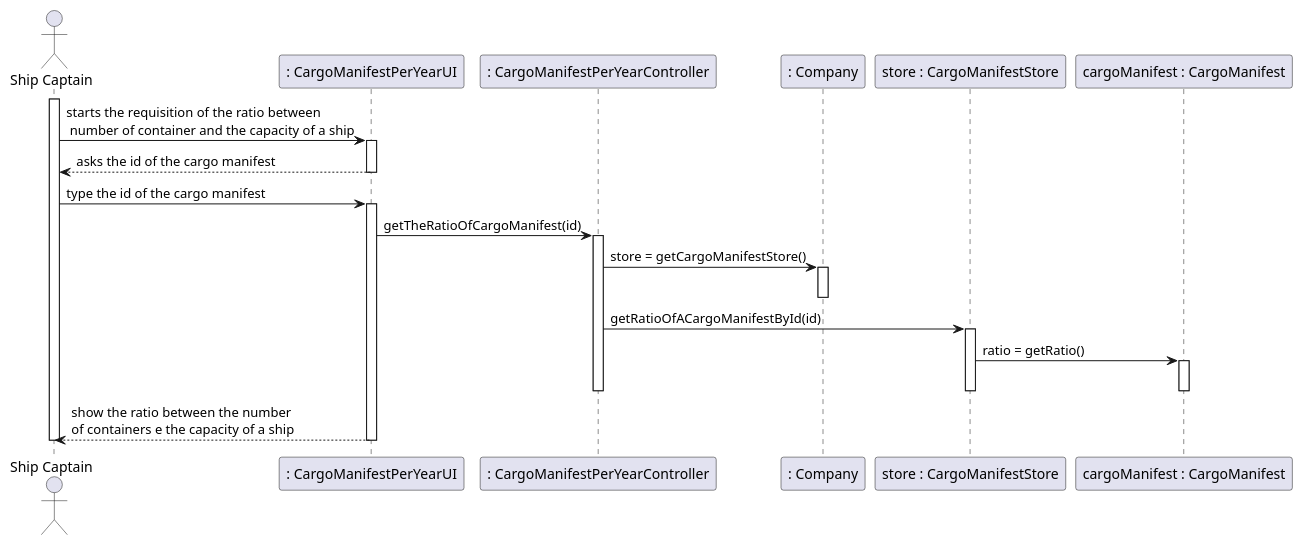
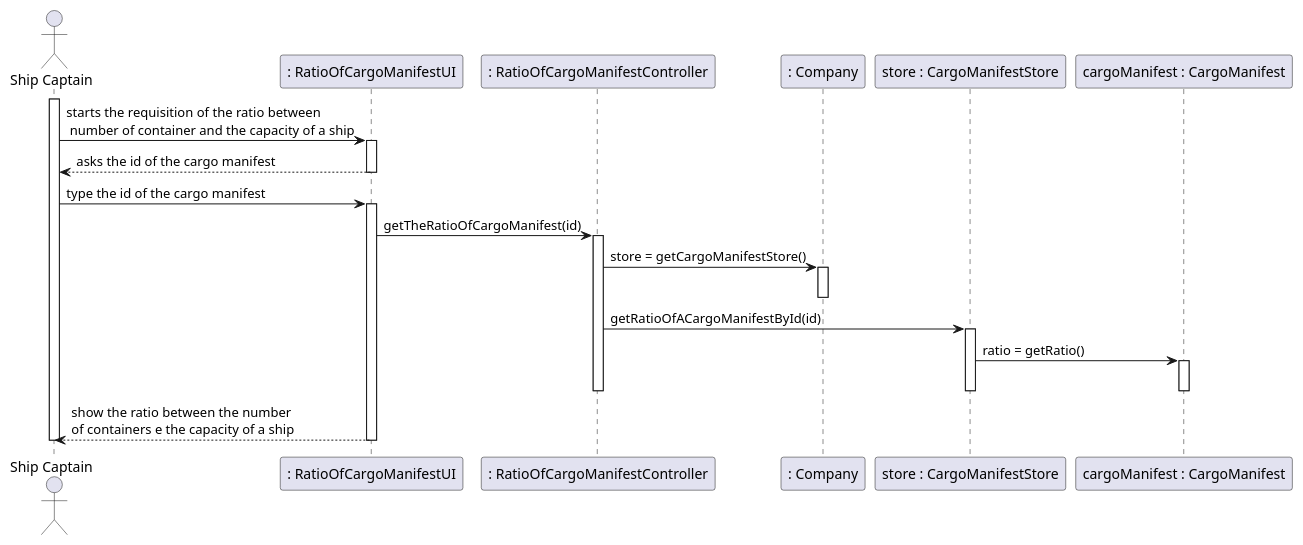
The diagram in docs/US208/SD_US208.puml (0franciscor/lapr3-2021-g042), drawn with PlantUML before and after one commit. The commit also changed 147 other files, not shown here.

Commit message:
G42-127 #time 1h #comment Adding the SD diagram and the Class Diagram of US209

```diff
--- a/docs/US208/SD_US208.puml
+++ b/docs/US208/SD_US208.puml
@@ -1,36 +1,36 @@
 @startuml
 'https://plantuml.com/sequence-diagram
 
 actor "Ship Captain" as SC
-participant ": CargoManifestPerYearUI" as UI
-participant ": CargoManifestPerYearController" as CT
+participant ": RatioOfCargoManifestUI" as UI
+participant ": RatioOfCargoManifestController" as CT
 participant ": Company" as CP
 participant "store : CargoManifestStore" as ST
 participant "cargoManifest : CargoManifest" as CM
 
 
 activate SC
 SC->UI : starts the requisition of the ratio between\n number of container and the capacity of a ship
 activate UI
 UI --> SC : asks the id of the cargo manifest
 deactivate UI
 SC -> UI : type the id of the cargo manifest
 activate UI
 UI->CT : getTheRatioOfCargoManifest(id)
 activate CT
 CT-> CP : store = getCargoManifestStore()
 activate CP
 deactivate CP
 CT -> ST : getRatioOfACargoManifestById(id)
 activate ST
 ST -> CM : ratio = getRatio()
 activate CM
 deactivate CM
 deactivate ST
 
 deactivate CT
 UI-->SC : show the ratio between the number \nof containers e the capacity of a ship
 deactivate UI
 deactivate SC
 
 @enduml
```
